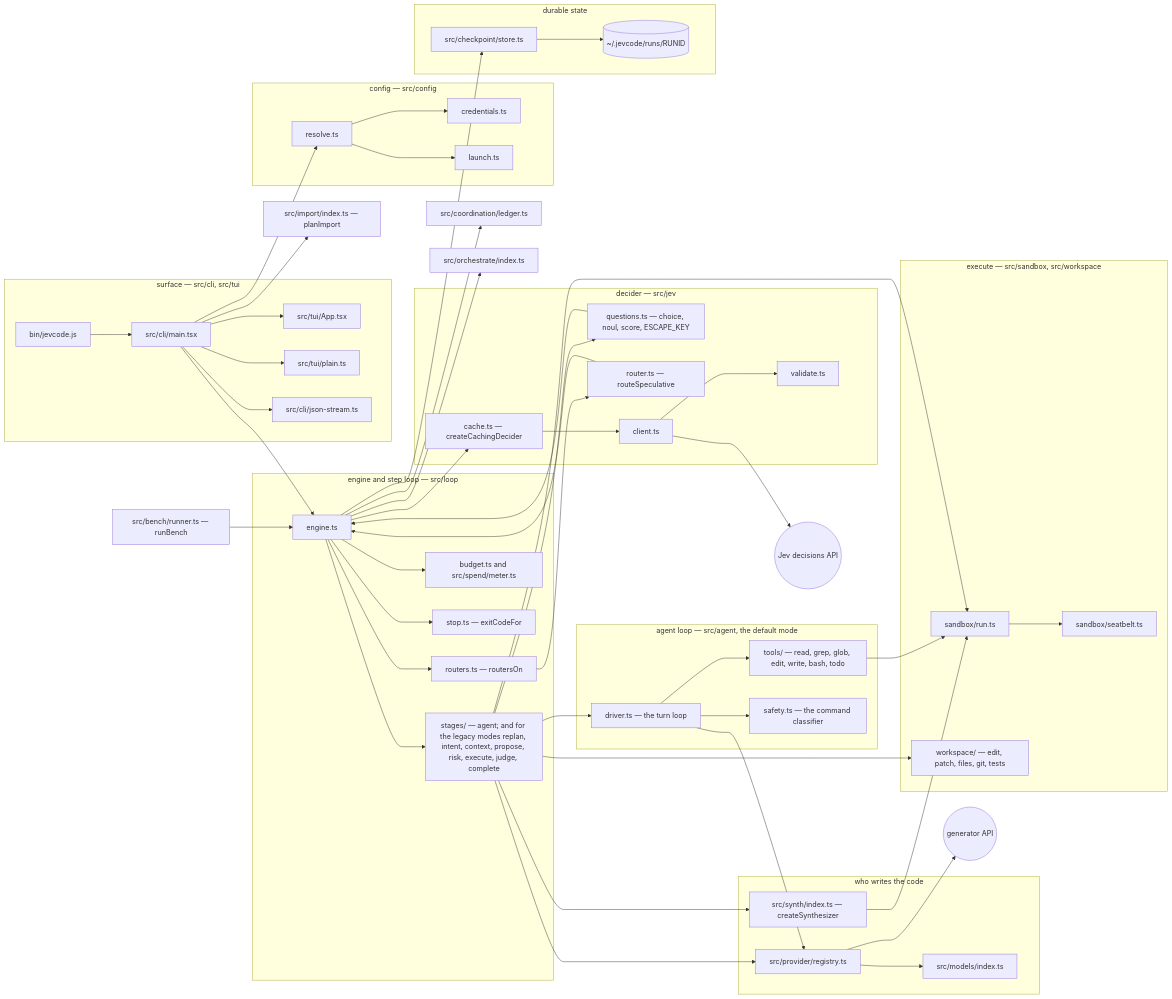
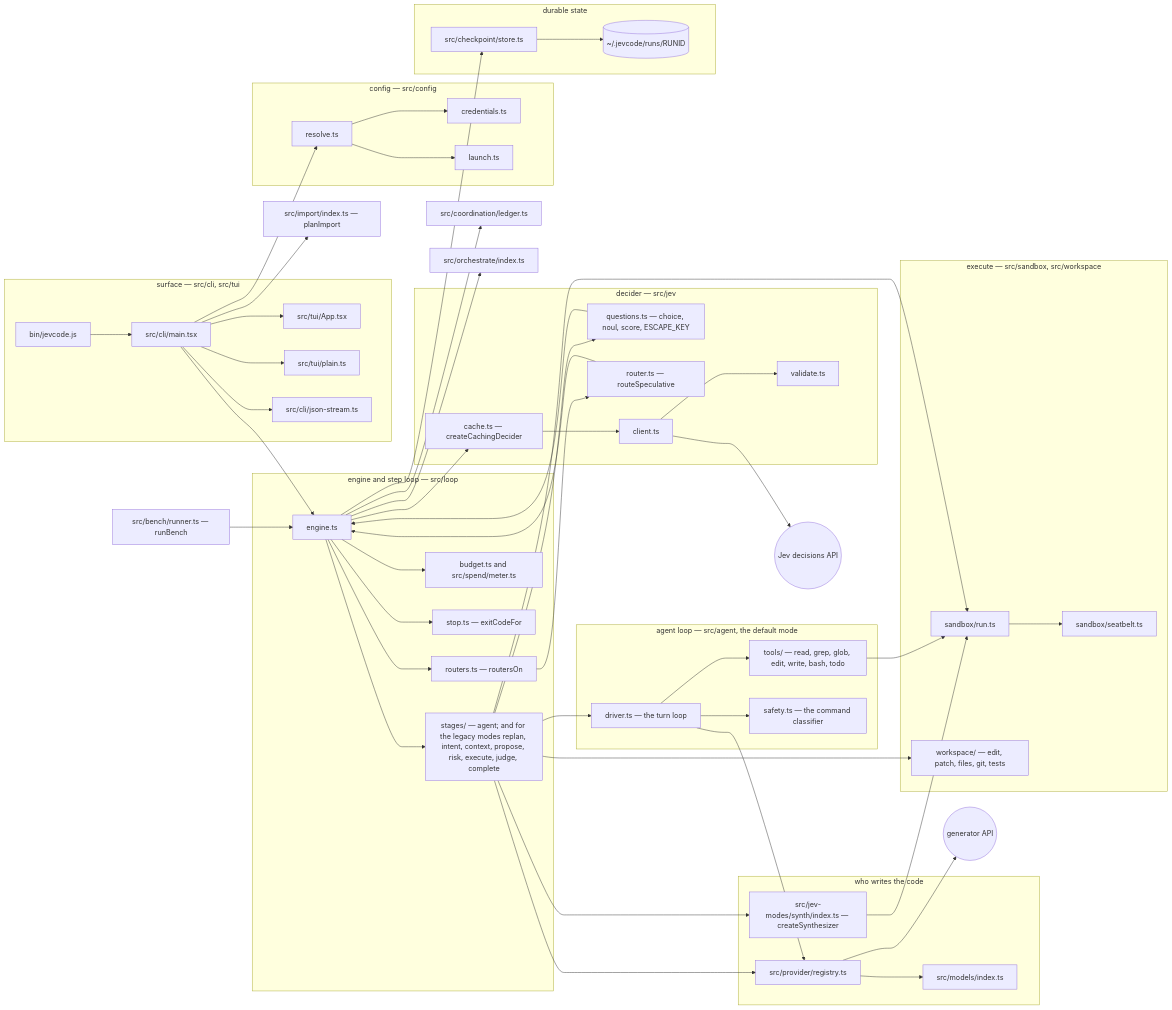
The diagram in docs/README.md (coasty-ai/JevCode), drawn with Mermaid before and after one commit. The commit also changed 622 other files, not shown here.

```diff
--- a/docs/README.md
+++ b/docs/README.md
@@ -67,7 +67,7 @@
   subgraph sg_write["who writes the code"]
     PROVIDER["src/provider/registry.ts"]
     MODELS["src/models/index.ts"]
-    SYNTH["src/synth/index.ts — createSynthesizer"]
+    SYNTH["src/jev-modes/synth/index.ts — createSynthesizer"]
   end
   subgraph sg_exec["execute — src/sandbox, src/workspace"]
     SANDBOX["sandbox/run.ts"]
```
